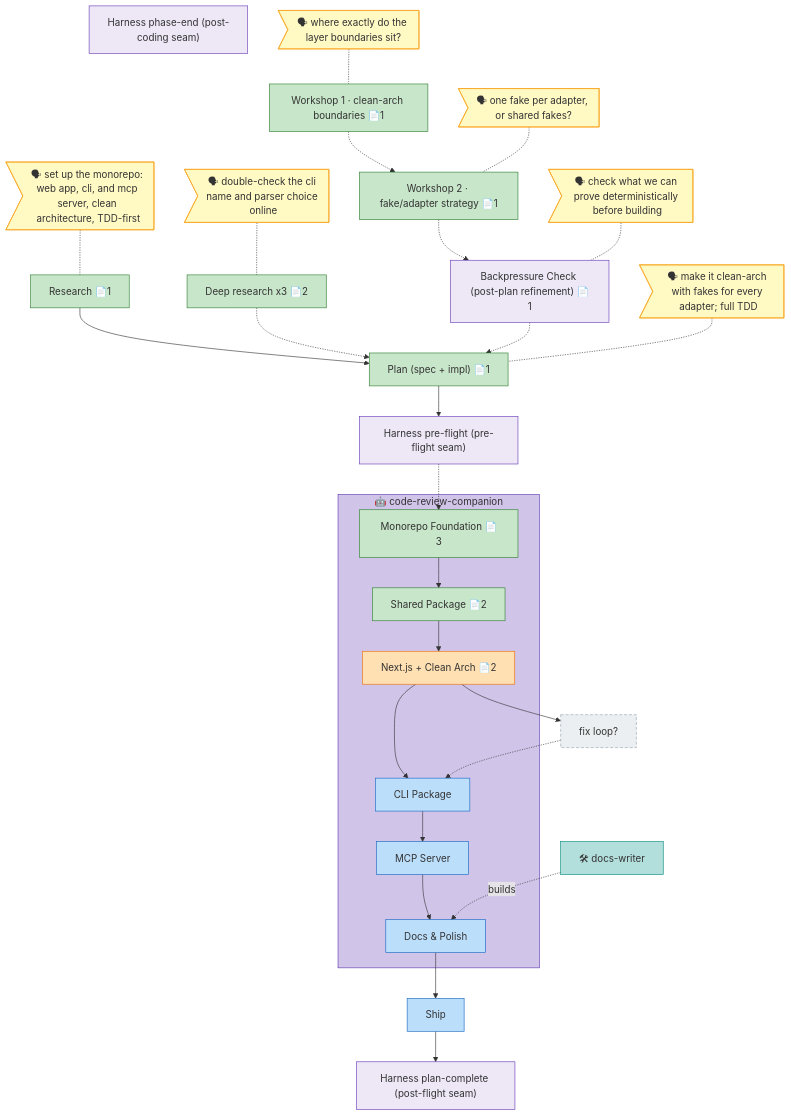
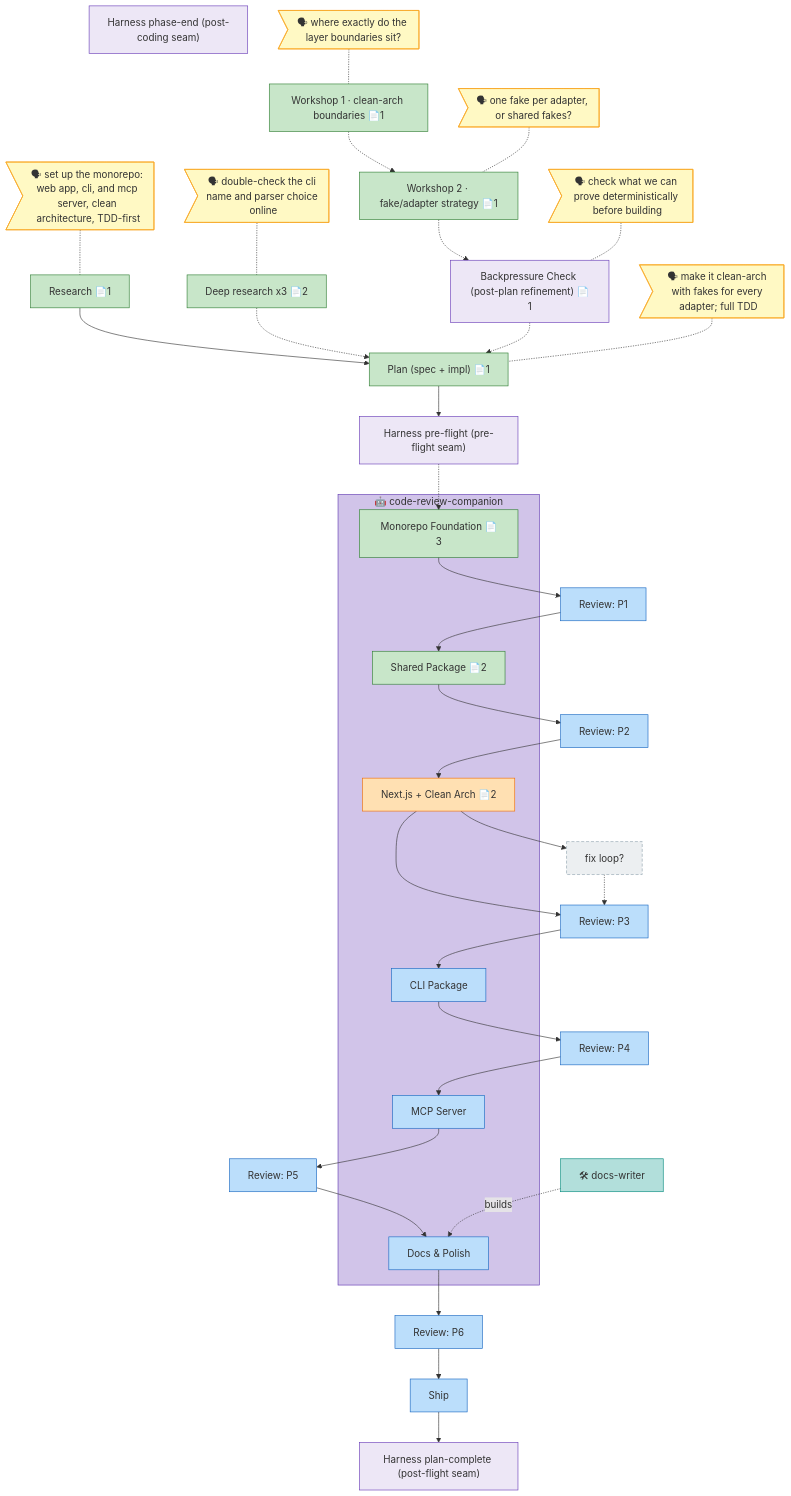
Before and after one commit to jakkaj/tools: the diagram in skills/SDD/the-flow/references/flight-plan.example.md, drawn with Mermaid. The commit also changed other lines of this file and 5 other files, not shown here.

First line of the commit message:
feat(the-flow): per-phase review node on the flight-plan spine

```diff
--- a/skills/SDD/the-flow/references/flight-plan.example.md
+++ b/skills/SDD/the-flow/references/flight-plan.example.md
@@ -10,22 +10,34 @@
     research["Research 📄1"]:::done
     plan["Plan (spec + impl) 📄1"]:::done
     p1["Monorepo Foundation 📄3"]:::done
+    review1["Review: P1"]:::known
     p2["Shared Package 📄2"]:::done
+    review2["Review: P2"]:::known
     p3["Next.js + Clean Arch 📄2"]:::wip
+    review3["Review: P3"]:::known
     p4["CLI Package"]:::known
+    review4["Review: P4"]:::known
     p5["MCP Server"]:::known
+    review5["Review: P5"]:::known
     p6["Docs & Polish"]:::known
+    review6["Review: P6"]:::known
     ship["Ship"]:::known
 
     research --> plan
     plan --> hb
-    p1 --> p2
-    p2 --> p3
+    p1 --> review1
+    review1 --> p2
+    p2 --> review2
+    review2 --> p3
     p3 --> fx3
-    p3 --> p4
-    p4 --> p5
-    p5 --> p6
-    p6 --> ship
+    p3 --> review3
+    review3 --> p4
+    p4 --> review4
+    review4 --> p5
+    p5 --> review5
+    review5 --> p6
+    p6 --> review6
+    review6 --> ship
     ship --> hh
 
     dr["Deep research x3 📄2"]:::done
@@ -41,7 +53,7 @@
     ws2 -.-> bp
     bp -.-> plan
     hb -.-> p1
-    fx3 -.-> p4
+    fx3 -.-> review3
 
     say_research>"🗣 set up the monorepo: web app, cli, and mcp server, clean architecture, TDD-first"]:::said
     say_research -.- research
```
